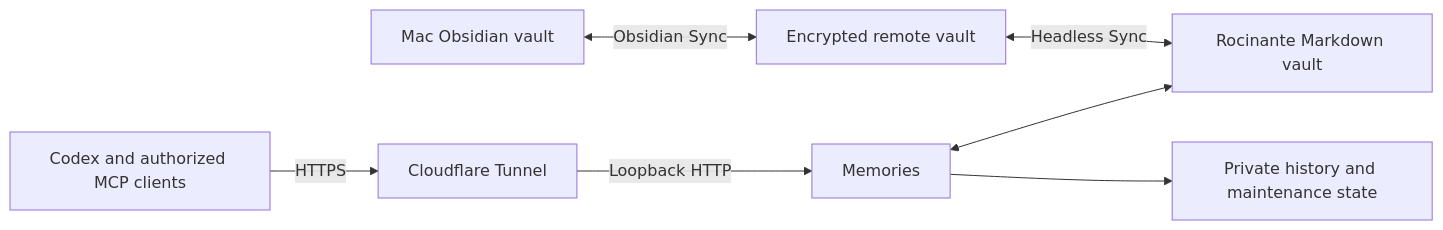
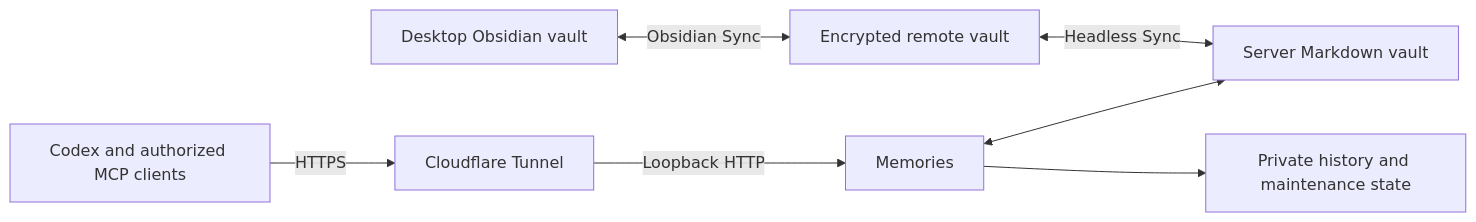
The diagram in docs/filesystem-memories.md (jzfre/memories), drawn with Mermaid before and after one commit. The commit also changed other lines of this file and 34 other files, not shown here.

````diff
--- a/docs/filesystem-memories.md
+++ b/docs/filesystem-memories.md
@@ -5,9 +5,9 @@
 ```mermaid
 flowchart LR
-  Mac[Mac Obsidian vault] <-->|Obsidian Sync| Remote[Encrypted remote vault]
-  Remote <-->|Headless Sync| Vault[Rocinante Markdown vault]
+  Desktop[Desktop Obsidian vault] <-->|Obsidian Sync| Remote[Encrypted remote vault]
+  Remote <-->|Headless Sync| Vault[Server Markdown vault]
   Clients[Codex and authorized MCP clients] -->|HTTPS| Tunnel[Cloudflare Tunnel]
   Tunnel -->|Loopback HTTP| MCP[Memories]
   MCP <--> Vault
   MCP --> State[Private history and maintenance state]
 ```
````
